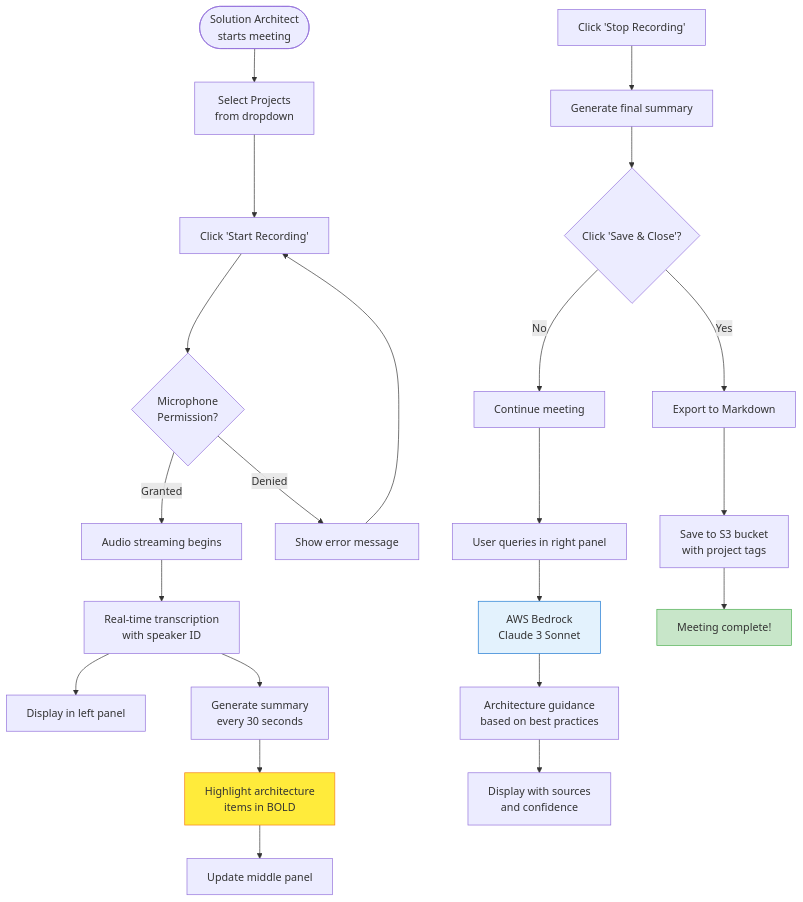
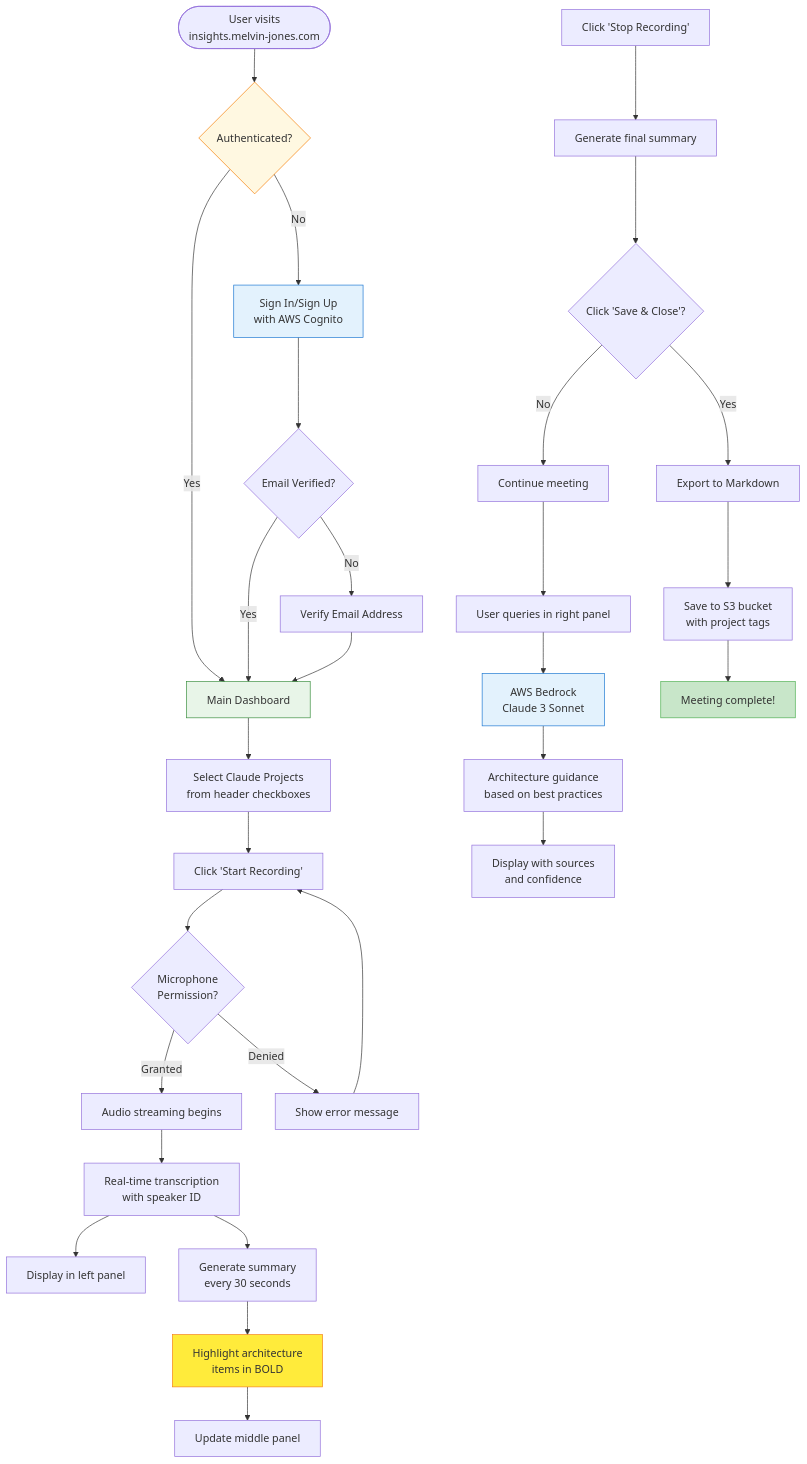
One commit to mjones3/architect-transcript-insights changed the fourth of 9 diagrams in README.md. Above: the diagram before and after it, drawn with Mermaid. The commit also changed other lines of this file and 46 other files, not shown here.

Commit message:
Initial commit: Architect Transcript Insights with iterative deployment setup

````diff
--- a/README.md
+++ b/README.md
@@ -125,35 +179,46 @@
 ```mermaid
 flowchart TD
-    START([Solution Architect<br/>starts meeting]) --> SELECT[Select Projects<br/>from dropdown]
+    START([User visits<br/>insights.melvin-jones.com]) --> AUTH{Authenticated?}
+    AUTH -->|No| LOGIN[Sign In/Sign Up<br/>with AWS Cognito]
+    AUTH -->|Yes| DASHBOARD[Main Dashboard]
+    LOGIN --> VERIFY{Email Verified?}
+    VERIFY -->|No| EMAIL[Verify Email Address]
+    VERIFY -->|Yes| DASHBOARD
+    EMAIL --> DASHBOARD
+    
+    DASHBOARD --> SELECT[Select Claude Projects<br/>from header checkboxes]
     SELECT --> CLICK[Click 'Start Recording']
     CLICK --> MIC{Microphone<br/>Permission?}
     
     MIC -->|Granted| STREAM[Audio streaming begins]
     MIC -->|Denied| ERROR[Show error message]
     ERROR --> CLICK
     
     STREAM --> TRANSCRIBE[Real-time transcription<br/>with speaker ID]
     TRANSCRIBE --> DISPLAY[Display in left panel]
     
     TRANSCRIBE --> SUMMARY[Generate summary<br/>every 30 seconds]
     SUMMARY --> HIGHLIGHT[Highlight architecture<br/>items in BOLD]
     HIGHLIGHT --> MIDDLE[Update middle panel]
     
     QUERY[User queries in right panel] --> AI[AWS Bedrock<br/>Claude 3 Sonnet]
     AI --> ANSWER[Architecture guidance<br/>based on best practices]
     ANSWER --> SHOW[Display with sources<br/>and confidence]
     
     STOP[Click 'Stop Recording'] --> FINAL[Generate final summary]
     FINAL --> SAVE{Click 'Save & Close'?}
     
     SAVE -->|Yes| EXPORT[Export to Markdown]
     EXPORT --> S3[Save to S3 bucket<br/>with project tags]
     S3 --> COMPLETE[Meeting complete!]
     
     SAVE -->|No| CONTINUE[Continue meeting]
     CONTINUE --> QUERY
     
+    style AUTH fill:#fff8e1,stroke:#f57c00
+    style LOGIN fill:#e3f2fd,stroke:#1976d2
+    style DASHBOARD fill:#e8f5e8,stroke:#388e3c
     style HIGHLIGHT fill:#ffeb3b,stroke:#f57f17
     style AI fill:#e3f2fd,stroke:#1976d2
     style COMPLETE fill:#c8e6c9,stroke:#4caf50
 ```
````
